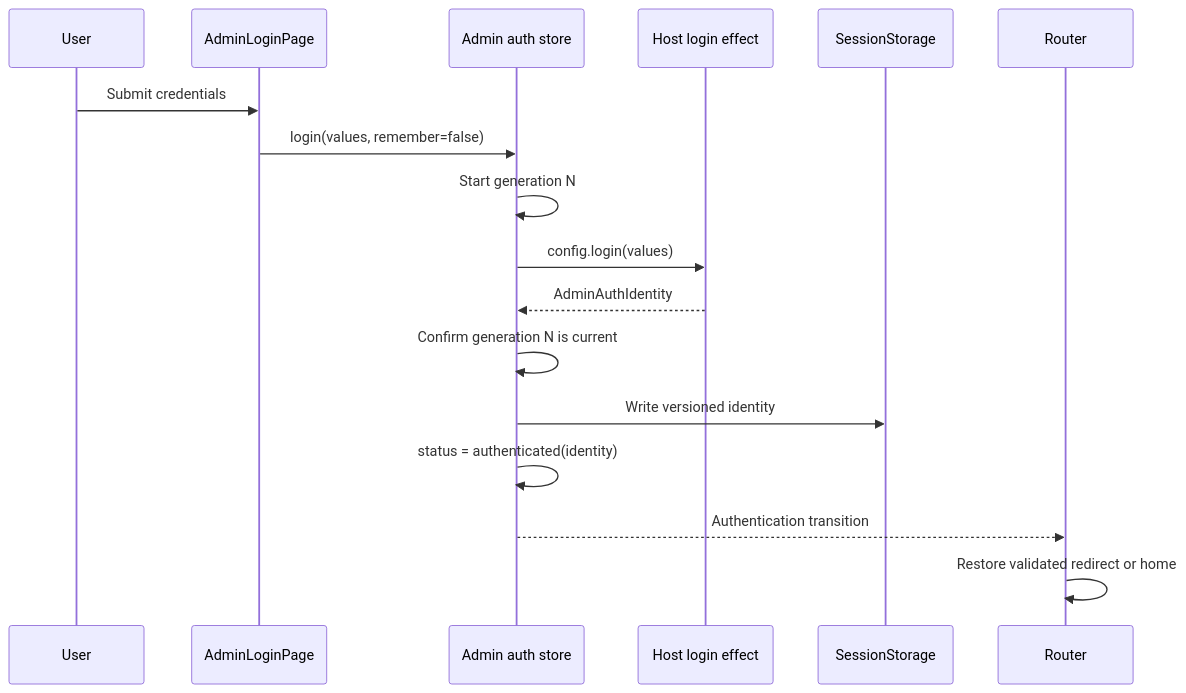
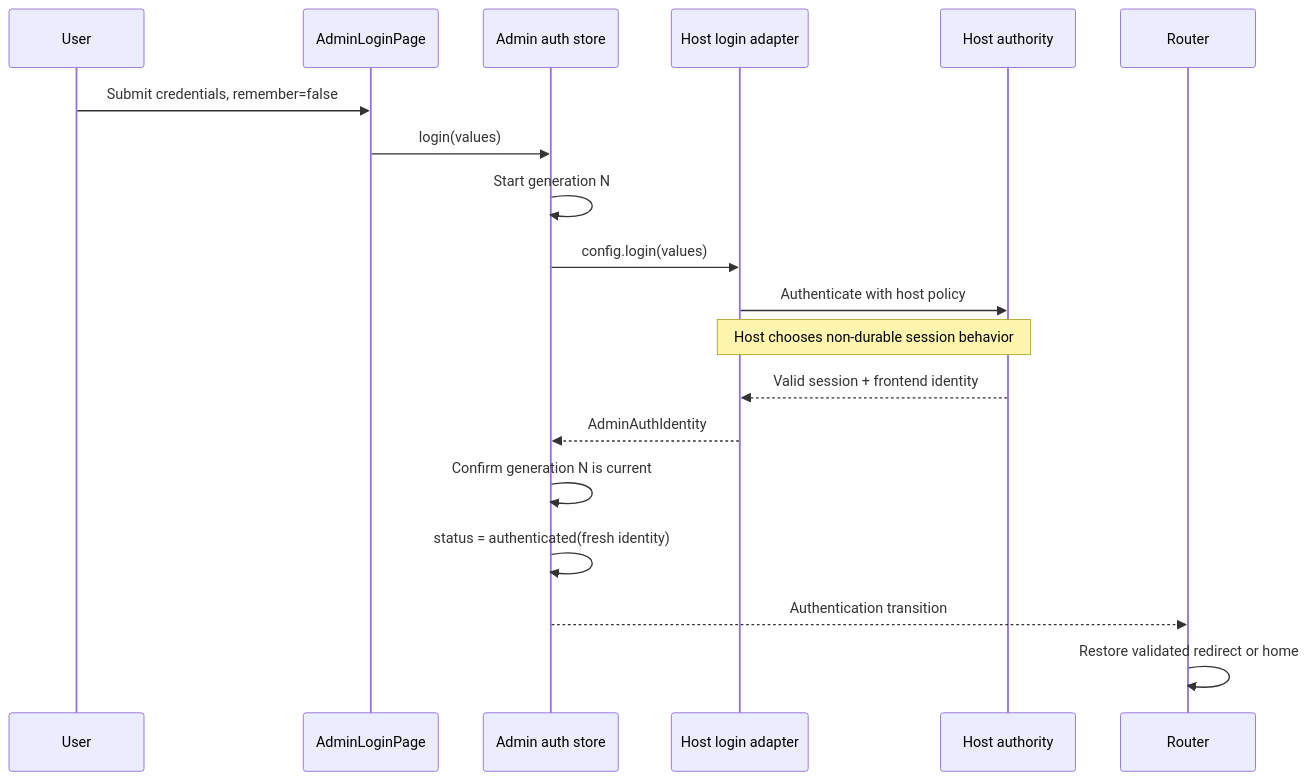
The second of 19 diagrams in docs/admin-auth-restoration-data-flows.md (hechang27-sprt/noob-components-v2), drawn with Mermaid before and after one commit. The commit also changed other lines of this file and 15 other files, not shown here.

````diff
--- a/docs/admin-auth-restoration-data-flows.md
+++ b/docs/admin-auth-restoration-data-flows.md
@@ -75,20 +77,22 @@
 ```mermaid
 sequenceDiagram
     participant User
     participant Login as AdminLoginPage
     participant Auth as Admin auth store
-    participant Host as Host login effect
-    participant SS as SessionStorage
+    participant Host as Host login adapter
+    participant Authority as Host authority
     participant Router
 
-    User->>Login: Submit credentials
-    Login->>Auth: login(values, remember=false)
+    User->>Login: Submit credentials, remember=false
+    Login->>Auth: login(values)
     Auth->>Auth: Start generation N
     Auth->>Host: config.login(values)
+    Host->>Authority: Authenticate with host policy
+    Note over Host,Authority: Host chooses non-durable session behavior
+    Authority-->>Host: Valid session + frontend identity
     Host-->>Auth: AdminAuthIdentity
     Auth->>Auth: Confirm generation N is current
-    Auth->>SS: Write versioned identity
-    Auth->>Auth: status = authenticated(identity)
+    Auth->>Auth: status = authenticated(fresh identity)
     Auth-->>Router: Authentication transition
     Router->>Router: Restore validated redirect or home
 ```
````
